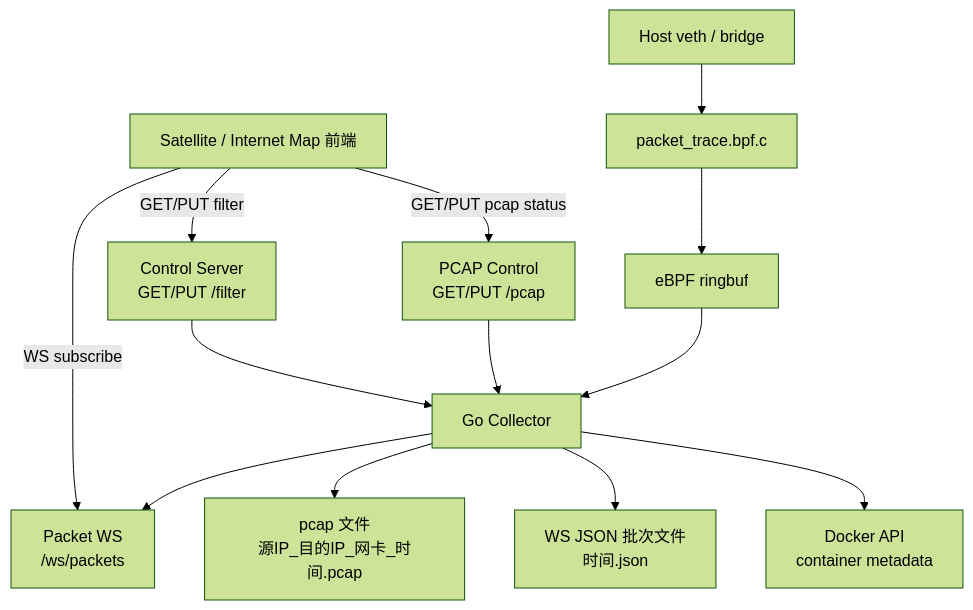
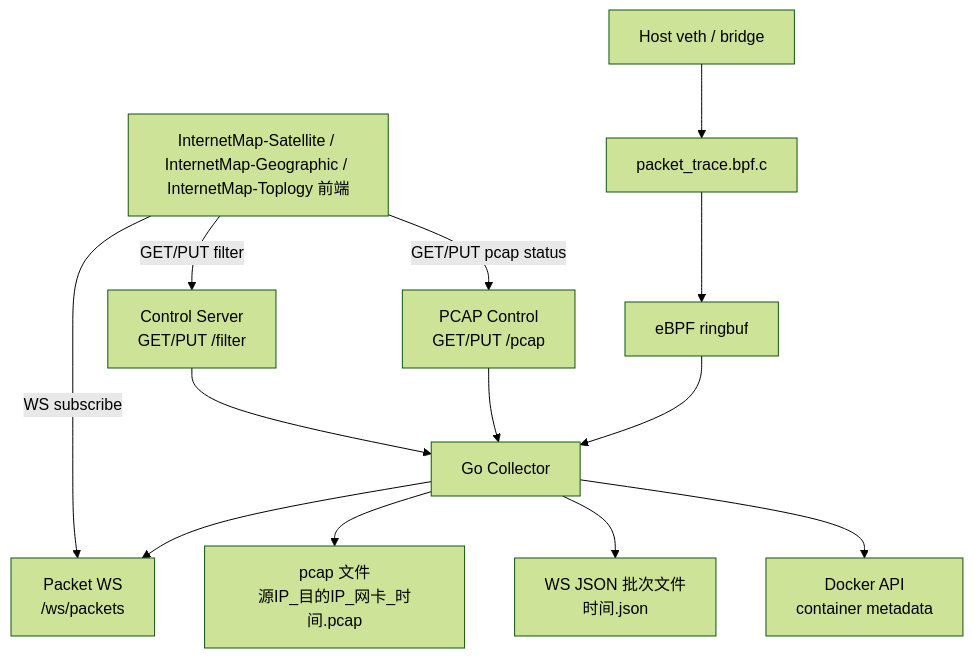
One commit to cy-gitlab/seed-visualization changed the second of 2 diagrams in docs/traffic-observer-service.md. Above: the diagram before and after it, drawn with Mermaid (forest theme). The commit also changed 57 other files, not shown here.

````diff
--- a/docs/traffic-observer-service.md
+++ b/docs/traffic-observer-service.md
@@ -63,28 +63,28 @@
 ```mermaid
 %%{init: {"flowchart": {"useMaxWidth": true, "htmlLabels": true}} }%%
 flowchart TB
-  UI["Satellite / Internet Map 前端"]
+  UI["InternetMap-Satellite / InternetMap-Geographic / InternetMap-Toplogy 前端"]
   Control["Control Server<br/>GET/PUT /filter"]
   PcapControl["PCAP Control<br/>GET/PUT /pcap"]
   WS["Packet WS<br/>/ws/packets"]
   Collector["Go Collector"]
   Ringbuf["eBPF ringbuf"]
   BPF["packet_trace.bpf.c"]
   HostNet["Host veth / bridge"]
   DockerAPI["Docker API<br/>container metadata"]
   PcapFile["pcap 文件<br/>源IP_目的IP_网卡_时间.pcap"]
   JsonFile["WS JSON 批次文件<br/>时间.json"]
 
   UI -->|"GET/PUT filter"| Control
   UI -->|"GET/PUT pcap status"| PcapControl
   UI -->|"WS subscribe"| WS
   Control --> Collector
   PcapControl --> Collector
   Collector --> WS
   Collector --> PcapFile
   Collector --> JsonFile
   BPF --> Ringbuf
   Ringbuf --> Collector
   Collector --> DockerAPI
   HostNet --> BPF
 ```
````
